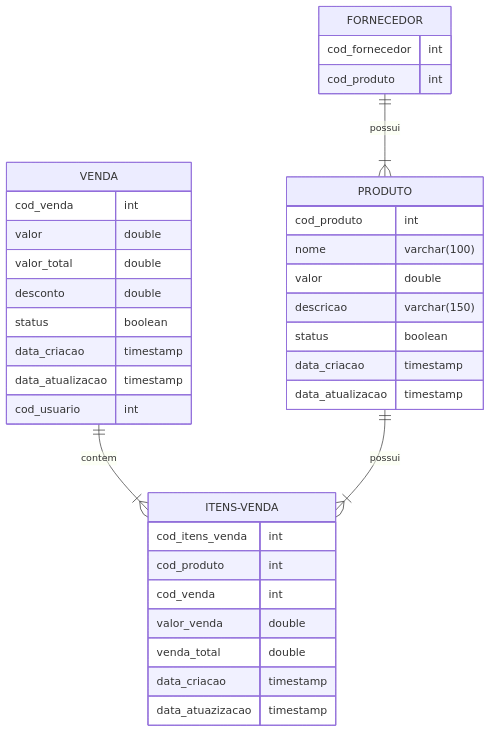
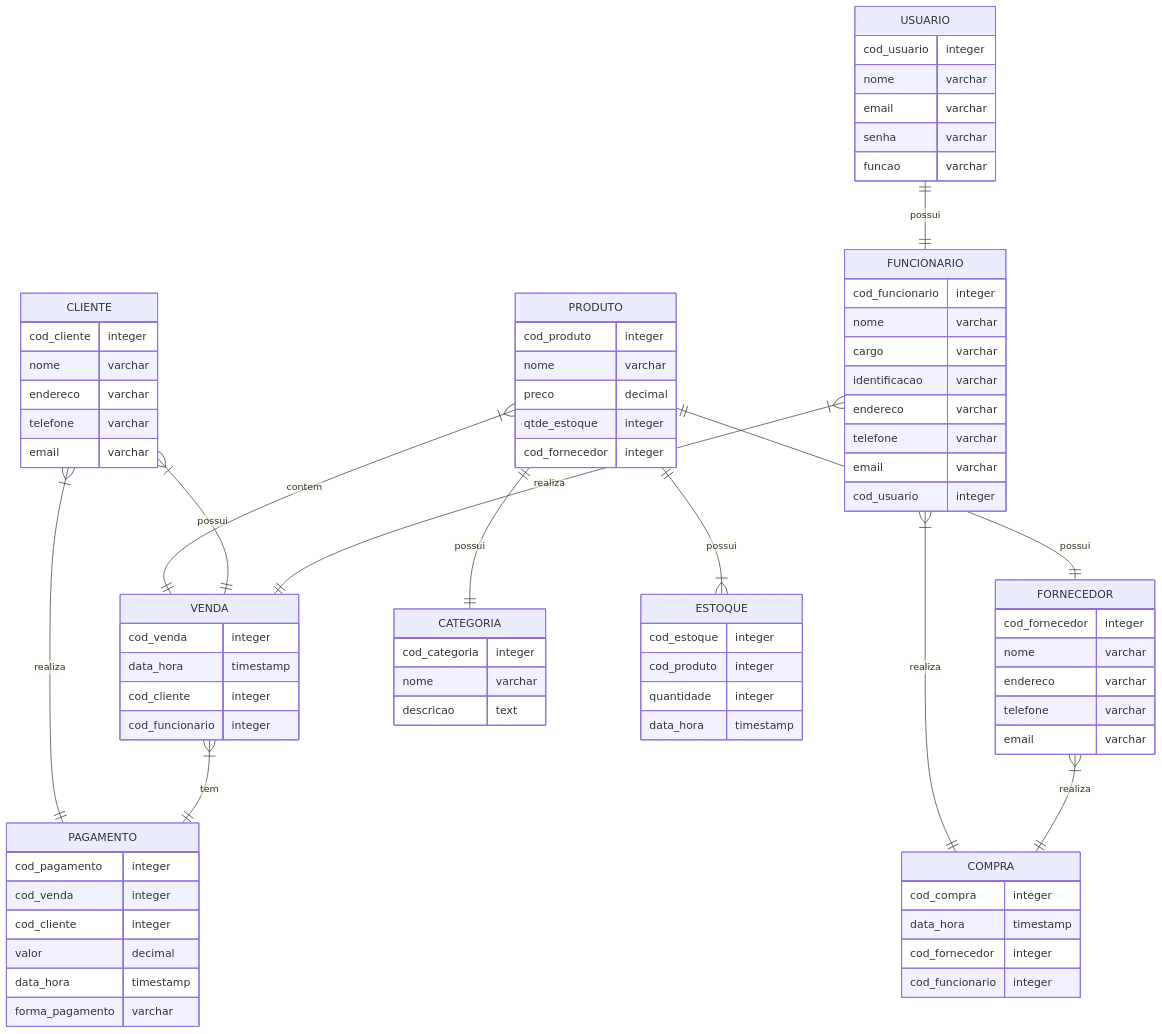
Before and after one commit to fernandesraquel/doc-modelos: the diagram in diagrams/DER.md, drawn with Mermaid. The commit also changed other lines of this file, not shown here.

````diff
--- a/diagrams/DER.md
+++ b/diagrams/DER.md
@@ -1,39 +3,85 @@
 ```mermaid
-erDiagram
-    VENDA ||--|{ ITENS-VENDA : contem
-    VENDA {
-        cod_venda int
-        valor double
-        valor_total double
-        desconto double
-        status boolean
-        data_criacao timestamp
-        data_atualizacao timestamp
-        cod_usuario int
-    }
-    PRODUTO ||--|{ ITENS-VENDA : possui
-    PRODUTO {
-        cod_produto int
-        nome varchar(100)
-        valor double
-        descricao varchar(150)
-        status boolean
-        data_criacao timestamp
-        data_atualizacao timestamp
-    }
-    ITENS-VENDA {
-       cod_itens_venda int
-       cod_produto int
-       cod_venda int
-       valor_venda double
-       venda_total double
-       data_criacao timestamp
-       data_atuazizacao timestamp
-    }
-   FORNECEDOR ||--|{ PRODUTO : possui
-    FORNECEDOR {
-    cod_fornecedor int
-    cod_produto int
-    }
-    
+    erDiagram
+        PRODUTO ||--|| FORNECEDOR : possui
+        PRODUTO }|--|| VENDA : contem
+        PRODUTO ||--|| CATEGORIA : possui
+        PRODUTO ||--|{ ESTOQUE : possui
+        CLIENTE }|--|| VENDA : possui
+        FUNCIONARIO }|--|| VENDA : realiza
+        FUNCIONARIO }|--|| COMPRA : realiza
+        FORNECEDOR }|--|| COMPRA : realiza
+        CLIENTE }|--|| PAGAMENTO : realiza
+        VENDA }|--|| PAGAMENTO : tem
+        USUARIO ||--|| FUNCIONARIO : possui
+        USUARIO {
+            cod_usuario integer
+            nome varchar
+            email varchar
+            senha varchar
+            funcao varchar
+        }
+        PRODUTO {
+             cod_produto integer
+             nome varchar
+             preco decimal
+             qtde_estoque integer
+             cod_fornecedor integer
+
+        }
+        CLIENTE {
+            cod_cliente integer
+            nome varchar
+            endereco varchar
+            telefone varchar
+            email varchar
+       }
+        FORNECEDOR {
+            cod_fornecedor integer
+            nome varchar
+            endereco varchar
+            telefone varchar
+            email varchar
+        }   
+         VENDA {
+            cod_venda integer
+            data_hora timestamp
+            cod_cliente integer
+            cod_funcionario integer
+        }
+         FUNCIONARIO {
+            cod_funcionario integer
+            nome varchar
+            cargo varchar
+            identificacao varchar
+            endereco varchar
+            telefone varchar
+            email varchar
+            cod_usuario integer
+        }
+        ESTOQUE {
+            cod_estoque integer
+            cod_produto integer
+            quantidade integer
+            data_hora timestamp
+        }
+        COMPRA {
+            cod_compra integer
+            data_hora timestamp
+            cod_fornecedor integer
+            cod_funcionario integer
+        }
+        CATEGORIA {
+            cod_categoria integer
+            nome varchar
+            descricao text
+        }
+        PAGAMENTO {
+            cod_pagamento integer
+            cod_venda integer
+            cod_cliente integer
+            valor decimal
+            data_hora timestamp
+            forma_pagamento varchar
+        } 
+      
 ```
````
